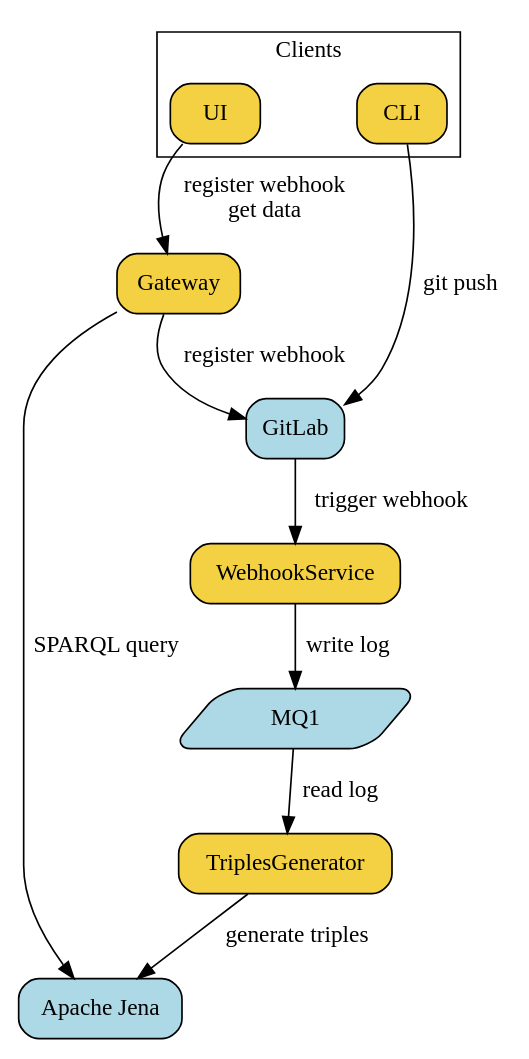
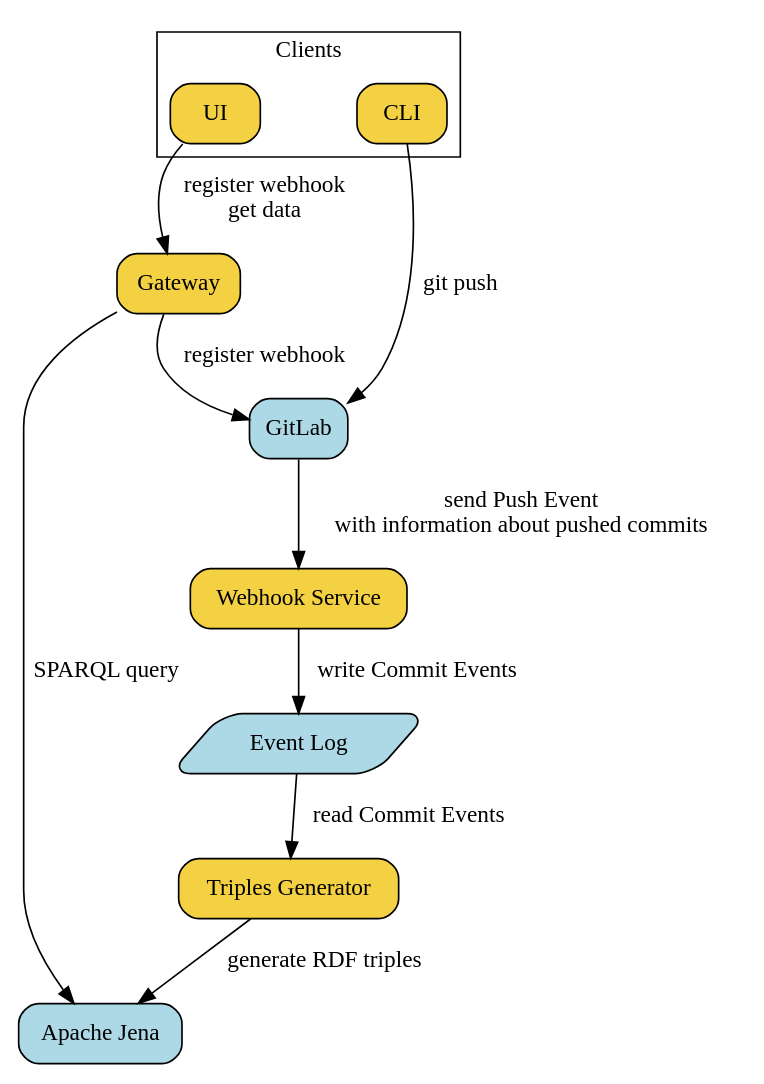
The diagram in docs/_static/graphviz/graph_service_architecture.dot (SwissDataScienceCenter/renku), drawn with Graphviz before and after one commit.

Commit message:
feat: updated graph services architecture

```diff
--- a/docs/_static/graphviz/graph_service_architecture.dot
+++ b/docs/_static/graphviz/graph_service_architecture.dot
@@ -1,33 +1,33 @@
 strict digraph architecture {
   compound=true;
   newrank=true;
 
   graph [fontname="Raleway", nodesep="0.8"];
   node [shape="rect", style="filled,rounded", fontname="Raleway"];
   edge [fontname="Raleway"]
 
   GitLab [fillcolor="lightblue"]
   UI [fillcolor="#f4d142"]
   CLI [fillcolor="#f4d142"]
-  WHS [label="WebhookService" fillcolor="#f4d142"]
-  RDF [label="TriplesGenerator" fillcolor="#f4d142"]
+  WHS [label="Webhook Service" fillcolor="#f4d142"]
+  RDF [label="Triples Generator" fillcolor="#f4d142"]
   Gateway [fillcolor="#f4d142"]
   Jena [label="Apache Jena" fillcolor="lightblue"]
-  MQ1 [fillcolor="lightblue", shape="parallelogram", width=2.0]
+  Log [label="Event Log" fillcolor="lightblue", shape="parallelogram", width=2.0]
 
   subgraph cluster_clients {
     label="Clients"
     UI
     CLI
     {rank=same; UI, CLI};
   }
 
   CLI -> GitLab [label=" git push"]
   Gateway -> GitLab [label=" register webhook"]
-  GitLab -> WHS [label=" trigger webhook"]
-  WHS -> MQ1 [label=" write log"]
-  MQ1 -> RDF [label=" read log"]
-  RDF -> Jena [label=" generate triples"]
+  GitLab -> WHS [label=" send Push Event\nwith information about pushed commits"]
+  WHS -> Log [label=" write Commit Events"]
+  Log -> RDF [label=" read Commit Events"]
+  RDF -> Jena [label=" generate RDF triples"]
   Gateway -> Jena [label=" SPARQL query"]
   UI -> Gateway [label=" register webhook\n get data"]
 }
```
